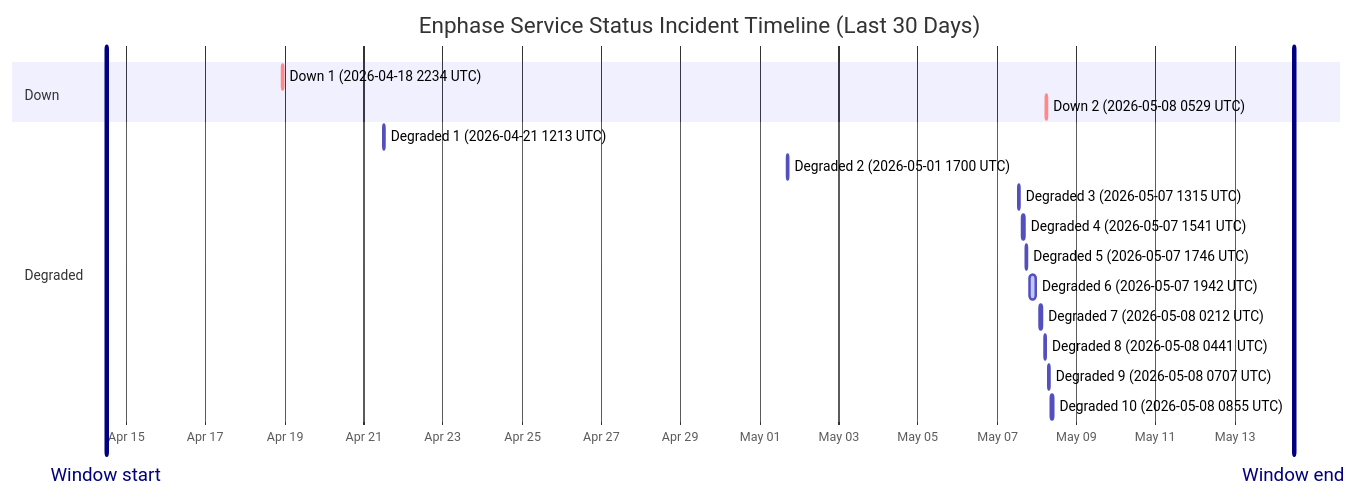
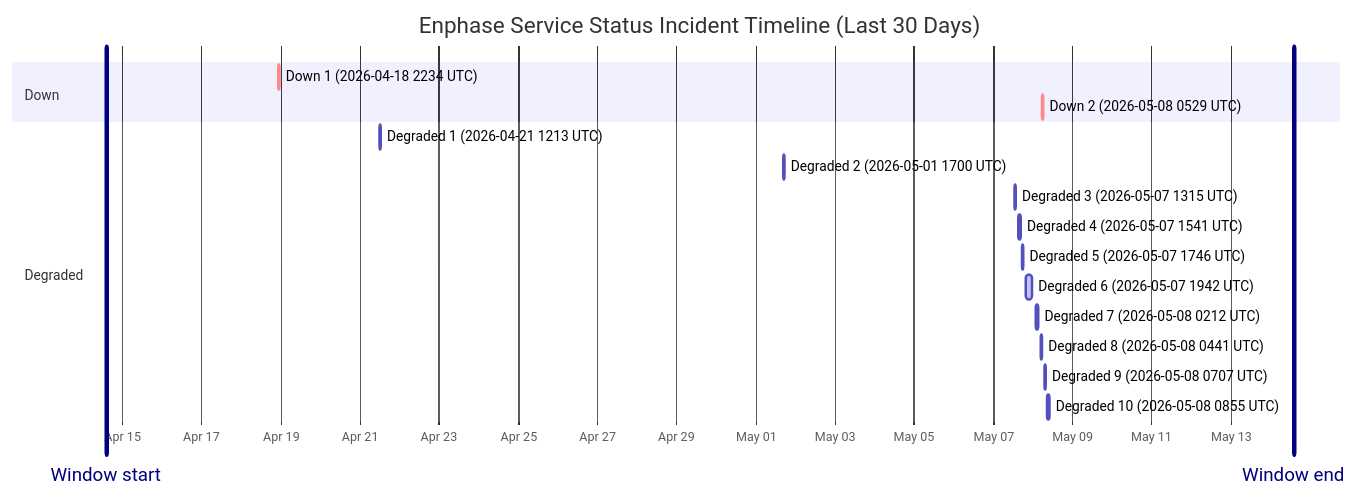
One commit to barneyonline/ha-enphase-ev-charger changed the diagram in wiki/Service-Status-History.md. Above: the diagram before and after it, drawn with Mermaid. The commit also changed other lines of this file and 3 other files, not shown here.

````diff
--- a/wiki/Service-Status-History.md
+++ b/wiki/Service-Status-History.md
@@ -14,22 +14,22 @@
 ```mermaid
 gantt
     title Enphase Service Status Incident Timeline (Last 30 Days)
     dateFormat  YYYY-MM-DDTHH:mm:ss
     axisFormat  %b %d
-    Window start :vert, window-start, 2026-04-14T11:51:50, 0ms
-    Window end :vert, window-end, 2026-05-14T11:51:50, 0ms
+    Window start :vert, window-start, 2026-04-14T14:08:50, 0ms
+    Window end :vert, window-end, 2026-05-14T14:08:50, 0ms
     section Down
     Down 1 (2026-04-18 2234 UTC) :crit, down-1, 2026-04-18T22:34:13, 60m
     Down 2 (2026-05-08 0529 UTC) :crit, down-2, 2026-05-08T05:29:47, 60m
     section Degraded
     Degraded 1 (2026-04-21 1213 UTC) :active, degraded-1, 2026-04-21T12:13:11, 60m
     Degraded 2 (2026-05-01 1700 UTC) :active, degraded-2, 2026-05-01T17:00:22, 60m
     Degraded 3 (2026-05-07 1315 UTC) :active, degraded-3, 2026-05-07T13:15:25, 60m
     Degraded 4 (2026-05-07 1541 UTC) :active, degraded-4, 2026-05-07T15:41:58, 60m
     Degraded 5 (2026-05-07 1746 UTC) :active, degraded-5, 2026-05-07T17:46:51, 60m
     Degraded 6 (2026-05-07 1942 UTC) :active, degraded-6, 2026-05-07T19:42:10, 249m
     Degraded 7 (2026-05-08 0212 UTC) :active, degraded-7, 2026-05-08T02:12:39, 60m
     Degraded 8 (2026-05-08 0441 UTC) :active, degraded-8, 2026-05-08T04:41:46, 60m
     Degraded 9 (2026-05-08 0707 UTC) :active, degraded-9, 2026-05-08T07:07:30, 60m
     Degraded 10 (2026-05-08 0855 UTC) :active, degraded-10, 2026-05-08T08:55:20, 88m
 ```
````
